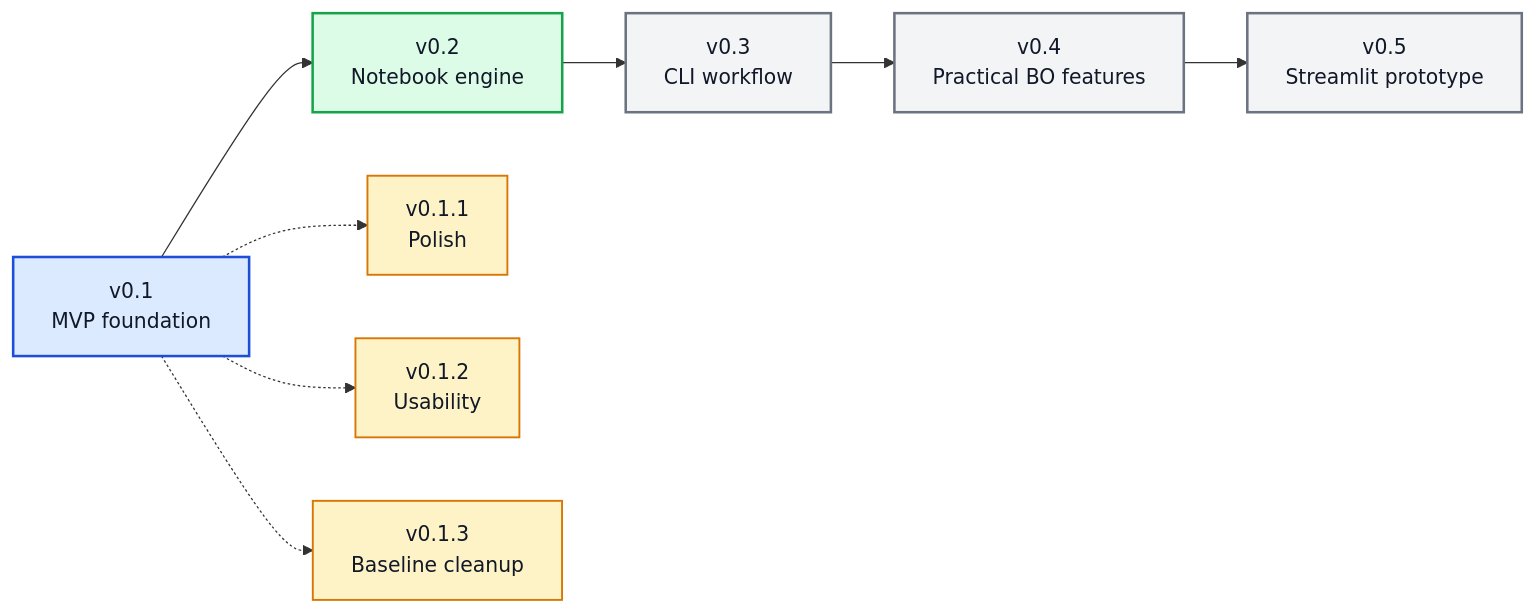
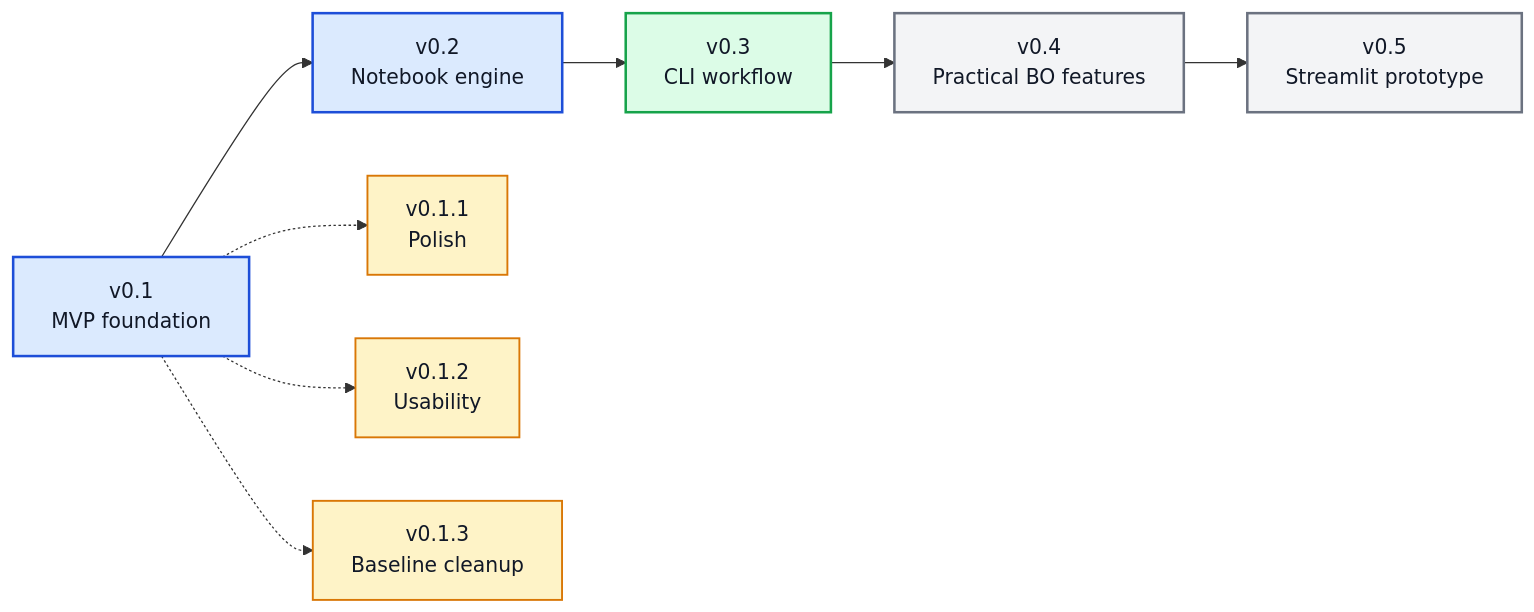
One commit to angzeli/bo-forge changed the diagram in ROADMAP.md. Above: the diagram before and after it, drawn with Mermaid. The commit also changed other lines of this file and 18 other files, not shown here.

````diff
--- a/ROADMAP.md
+++ b/ROADMAP.md
@@ -7,22 +7,22 @@
 ```mermaid
 flowchart LR
     v01["v0.1<br/>MVP foundation"] --> v02["v0.2<br/>Notebook engine"] --> v03["v0.3<br/>CLI workflow"] --> v04["v0.4<br/>Practical BO features"] --> v05["v0.5<br/>Streamlit prototype"]
 
     v011["v0.1.1<br/>Polish"]
     v012["v0.1.2<br/>Usability"]
     v013["v0.1.3<br/>Baseline cleanup"]
     
     v01 -.-> v011
     v01 -.-> v012
     v01 -.-> v013
     
-    class v01 majorDone
-    class v02 majorNext
-    class v03,v04,v05 majorFuture
+    class v01,v02 majorDone
+    class v03 majorNext
+    class v04,v05 majorFuture
     class v011,v012,v013 patchDone
 
     classDef majorDone fill:#dbeafe,stroke:#1d4ed8,stroke-width:2px,color:#111827;
     classDef majorNext fill:#dcfce7,stroke:#16a34a,stroke-width:2px,color:#111827;
     classDef majorFuture fill:#f3f4f6,stroke:#6b7280,stroke-width:2px,color:#111827;
     classDef patchDone fill:#fef3c7,stroke:#d97706,stroke-width:1.5px,color:#111827;
 ```
````
